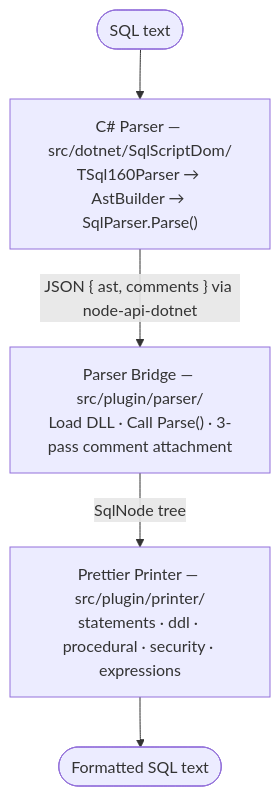
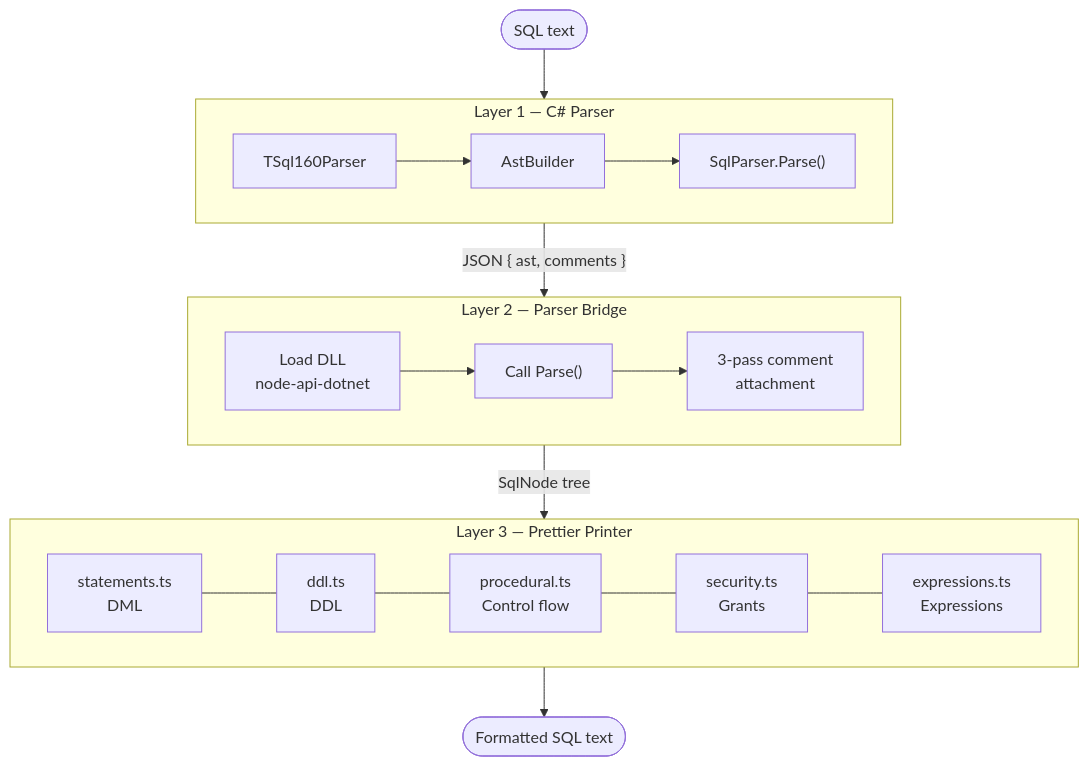
The diagram in docs/architecture.md (schallm/prettier-plugin-tsql), drawn with Mermaid before and after one commit.

Commit message:
docs: enhance architecture diagram with subgraphs for clarity

````diff
--- a/docs/architecture.md
+++ b/docs/architecture.md
@@ -11,10 +11,24 @@
 ```mermaid
 flowchart TD
     A([SQL text])
-    A --> B["C# Parser — src/dotnet/SqlScriptDom/<br/>TSql160Parser → AstBuilder → SqlParser.Parse()"]
-    B -->|"JSON { ast, comments } via node-api-dotnet"| C
-    C["Parser Bridge — src/plugin/parser/<br/>Load DLL · Call Parse() · 3-pass comment attachment"]
-    C -->|SqlNode tree| D
-    D["Prettier Printer — src/plugin/printer/<br/>statements · ddl · procedural · security · expressions"]
-    D --> E([Formatted SQL text])
+
+    subgraph cs ["Layer 1 — C# Parser"]
+        direction LR
+        CS1["TSql160Parser"] --> CS2["AstBuilder"] --> CS3["SqlParser.Parse()"]
+    end
+
+    subgraph bridge ["Layer 2 — Parser Bridge"]
+        direction LR
+        BR1["Load DLL<br/>node-api-dotnet"] --> BR2["Call Parse()"] --> BR3["3-pass comment<br/>attachment"]
+    end
+
+    subgraph printer ["Layer 3 — Prettier Printer"]
+        direction LR
+        PR1["statements.ts<br/>DML"] --- PR2["ddl.ts<br/>DDL"] --- PR3["procedural.ts<br/>Control flow"] --- PR4["security.ts<br/>Grants"] --- PR5["expressions.ts<br/>Expressions"]
+    end
+
+    A --> cs
+    cs -->|"JSON { ast, comments }"| bridge
+    bridge -->|"SqlNode tree"| printer
+    printer --> E([Formatted SQL text])
 ```
````
